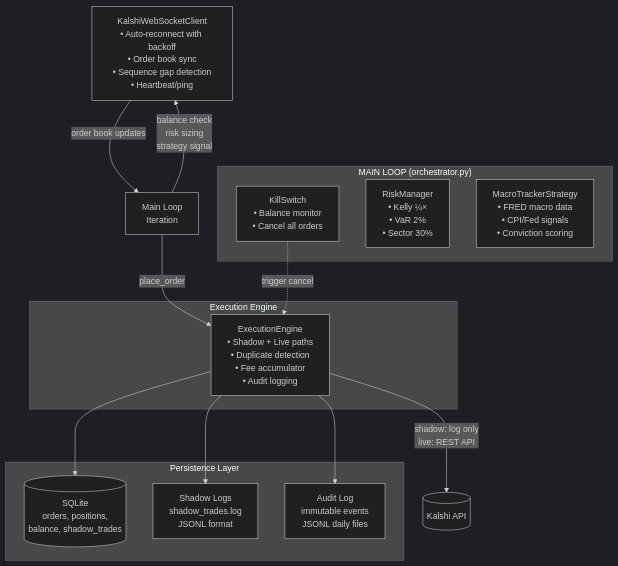
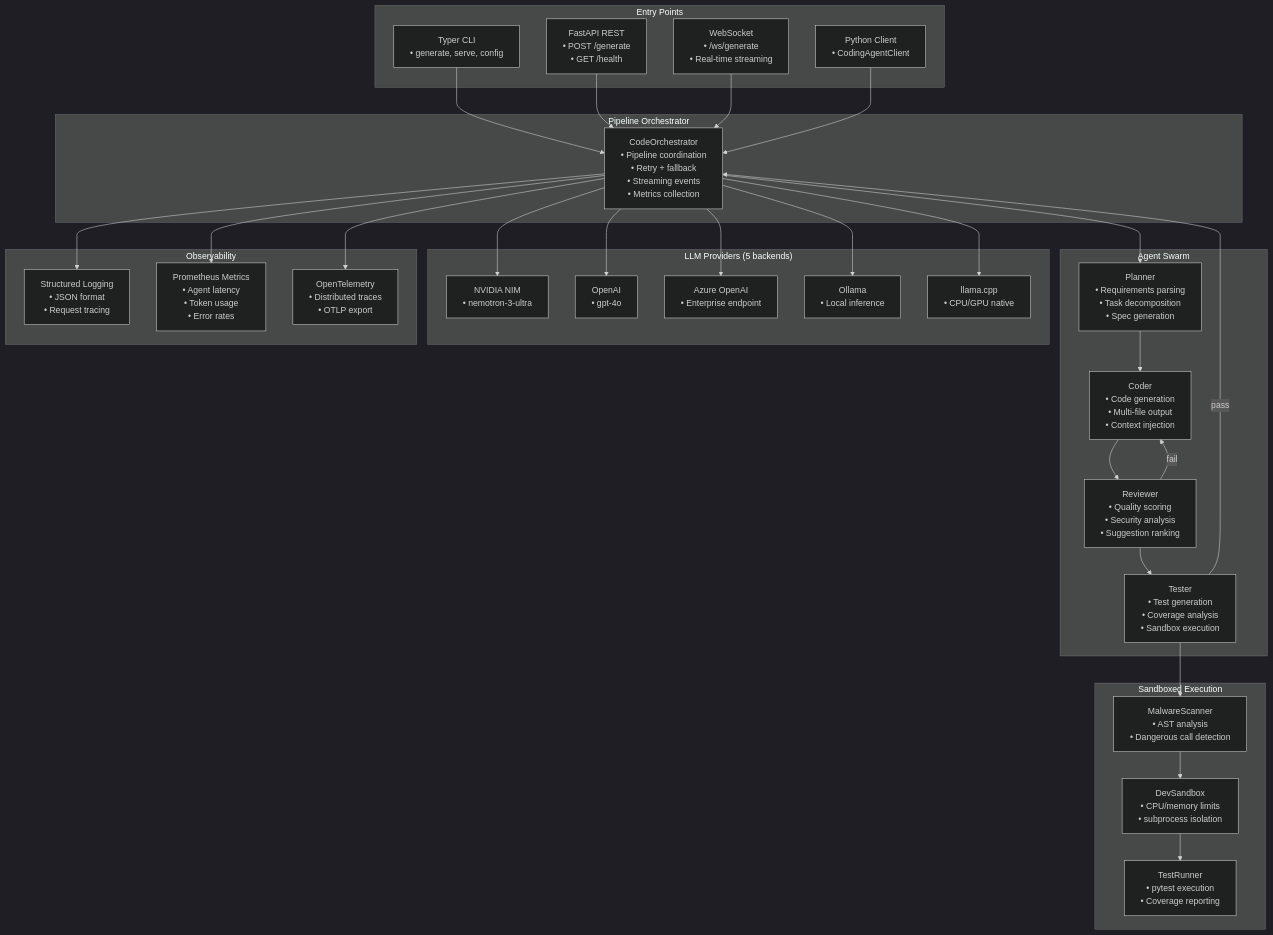
The diagram in docs/index.md (DavidEscotoDev/Framework), drawn with Mermaid (dark theme) before and after one commit. The commit also changed 1 other file, not shown here.

Commit message:
fix: replace kalshi_bot diagram with actual framework architecture

````diff
--- a/docs/index.md
+++ b/docs/index.md
@@ -61,29 +61,66 @@
 ```mermaid
 graph TB
-    subgraph MAIN["MAIN LOOP (orchestrator.py)"]
-        KS["KillSwitch<br/>• Balance monitor<br/>• Cancel all orders"]
-        RM["RiskManager<br/>• Kelly ¼×<br/>• VaR 2%<br/>• Sector 30%"]
-        MTS["MacroTrackerStrategy<br/>• FRED macro data<br/>• CPI/Fed signals<br/>• Conviction scoring"]
+    subgraph ENTRY["Entry Points"]
+        CLI["Typer CLI<br/>• generate, serve, config"]
+        REST["FastAPI REST<br/>• POST /generate<br/>• GET /health"]
+        WS["WebSocket<br/>• /ws/generate<br/>• Real-time streaming"]
+        PY["Python Client<br/>• CodingAgentClient"]
     end
 
-    WS["KalshiWebSocketClient<br/>• Auto-reconnect with backoff<br/>• Order book sync<br/>• Sequence gap detection<br/>• Heartbeat/ping"]
-
-    subgraph EXEC["Execution Engine"]
-        EE["ExecutionEngine<br/>• Shadow + Live paths<br/>• Duplicate detection<br/>• Fee accumulator<br/>• Audit logging"]
+    subgraph ORCH["Pipeline Orchestrator"]
+        CO["CodeOrchestrator<br/>• Pipeline coordination<br/>• Retry + fallback<br/>• Streaming events<br/>• Metrics collection"]
     end
 
-    subgraph STORAGE["Persistence Layer"]
-        SQL[("SQLite<br/>orders, positions,<br/>balance, shadow_trades")]
-        SLOG["Shadow Logs<br/>shadow_trades.log<br/>JSONL format"]
-        ALOG["Audit Log<br/>immutable events<br/>JSONL daily files"]
+    subgraph AGENTS["Agent Swarm"]
+        PL["Planner<br/>• Requirements parsing<br/>• Task decomposition<br/>• Spec generation"]
+        CR["Coder<br/>• Code generation<br/>• Multi-file output<br/>• Context injection"]
+        RV["Reviewer<br/>• Quality scoring<br/>• Security analysis<br/>• Suggestion ranking"]
+        TE["Tester<br/>• Test generation<br/>• Coverage analysis<br/>• Sandbox execution"]
     end
 
-    MAIN_LOOP["Main Loop<br/>Iteration"] -->|balance check<br/>risk sizing<br/>strategy signal| WS
-    WS -->|order book updates| MAIN_LOOP
-    MAIN_LOOP -->|place_order| EE
-    EE -->|shadow: log only<br/>live: REST API| KALSHI[("Kalshi API")]
-    EE --> SQL
-    EE --> SLOG
-    EE --> ALOG
-    KS -.->|trigger cancel| EE
+    subgraph LLM["LLM Providers (5 backends)"]
+        NIM["NVIDIA NIM<br/>• nemotron-3-ultra"]
+        OAI["OpenAI<br/>• gpt-4o"]
+        AZR["Azure OpenAI<br/>• Enterprise endpoint"]
+        OLL["Ollama<br/>• Local inference"]
+        LC["llama.cpp<br/>• CPU/GPU native"]
+    end
+
+    subgraph SANDBOX["Sandboxed Execution"]
+        MS["MalwareScanner<br/>• AST analysis<br/>• Dangerous call detection"]
+        DS["DevSandbox<br/>• CPU/memory limits<br/>• subprocess isolation"]
+        TR["TestRunner<br/>• pytest execution<br/>• Coverage reporting"]
+    end
+
+    subgraph OBSERVE["Observability"]
+        LOG["Structured Logging<br/>• JSON format<br/>• Request tracing"]
+        PROM["Prometheus Metrics<br/>• Agent latency<br/>• Token usage<br/>• Error rates"]
+        OTLP["OpenTelemetry<br/>• Distributed traces<br/>• OTLP export"]
+    end
+
+    CLI --> CO
+    REST --> CO
+    WS --> CO
+    PY --> CO
+
+    CO --> PL
+    PL --> CR
+    CR --> RV
+    RV --> TE
+    TE -->|pass| CO
+    RV -->|fail| CR
+
+    CO --> NIM
+    CO --> OAI
+    CO --> AZR
+    CO --> OLL
+    CO --> LC
+
+    TE --> MS
+    MS --> DS
+    DS --> TR
+
+    CO --> LOG
+    CO --> PROM
+    CO --> OTLP
 ```
````
